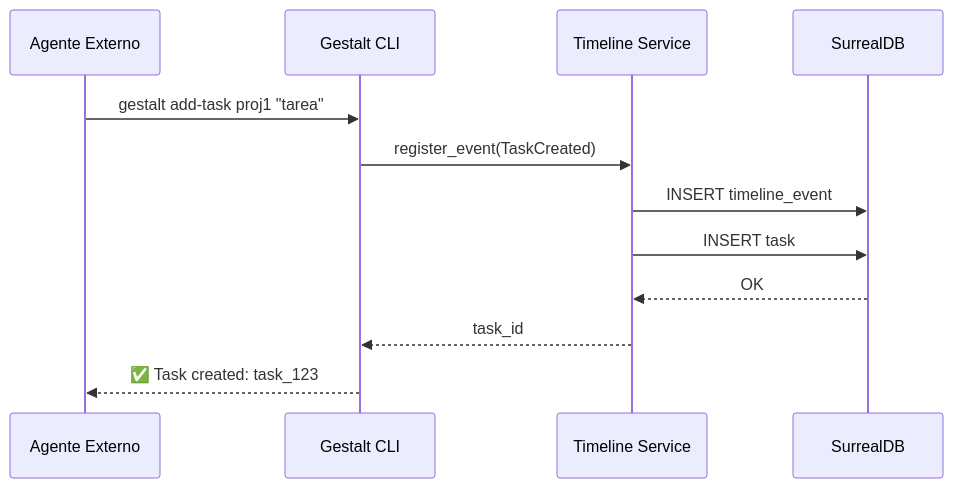
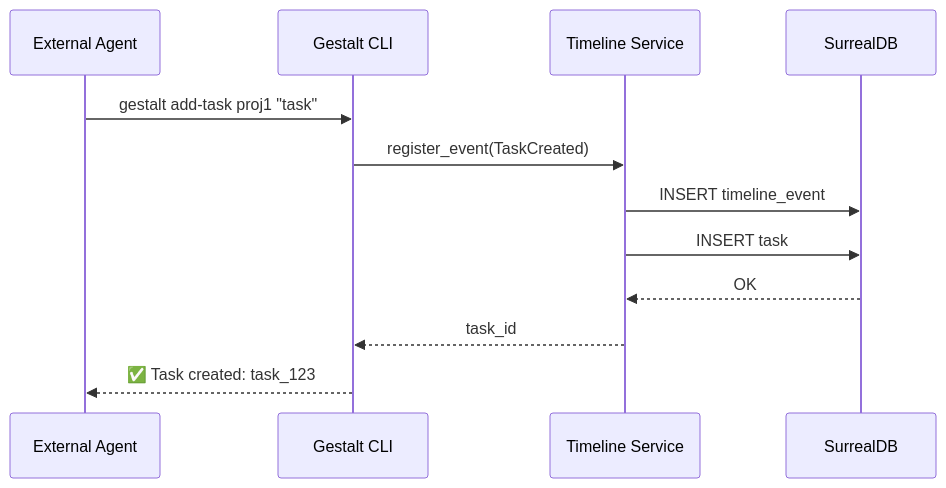
The second of 2 diagrams in .gitcore/ARCHITECTURE.md (iberi22/gestalt-rust), drawn with Mermaid before and after one commit. The commit also changed other lines of this file and 19 other files, not shown here.

````diff
--- a/.gitcore/ARCHITECTURE.md
+++ b/.gitcore/ARCHITECTURE.md
@@ -100,15 +120,15 @@
 ```mermaid
 sequenceDiagram
-    participant Agent as Agente Externo
+    participant Agent as External Agent
     participant CLI as Gestalt CLI
     participant TL as Timeline Service
     participant DB as SurrealDB
 
-    Agent->>CLI: gestalt add-task proj1 "tarea"
+    Agent->>CLI: gestalt add-task proj1 "task"
     CLI->>TL: register_event(TaskCreated)
     TL->>DB: INSERT timeline_event
     TL->>DB: INSERT task
     DB-->>TL: OK
     TL-->>CLI: task_id
     CLI-->>Agent: ✅ Task created: task_123
 ```
````
